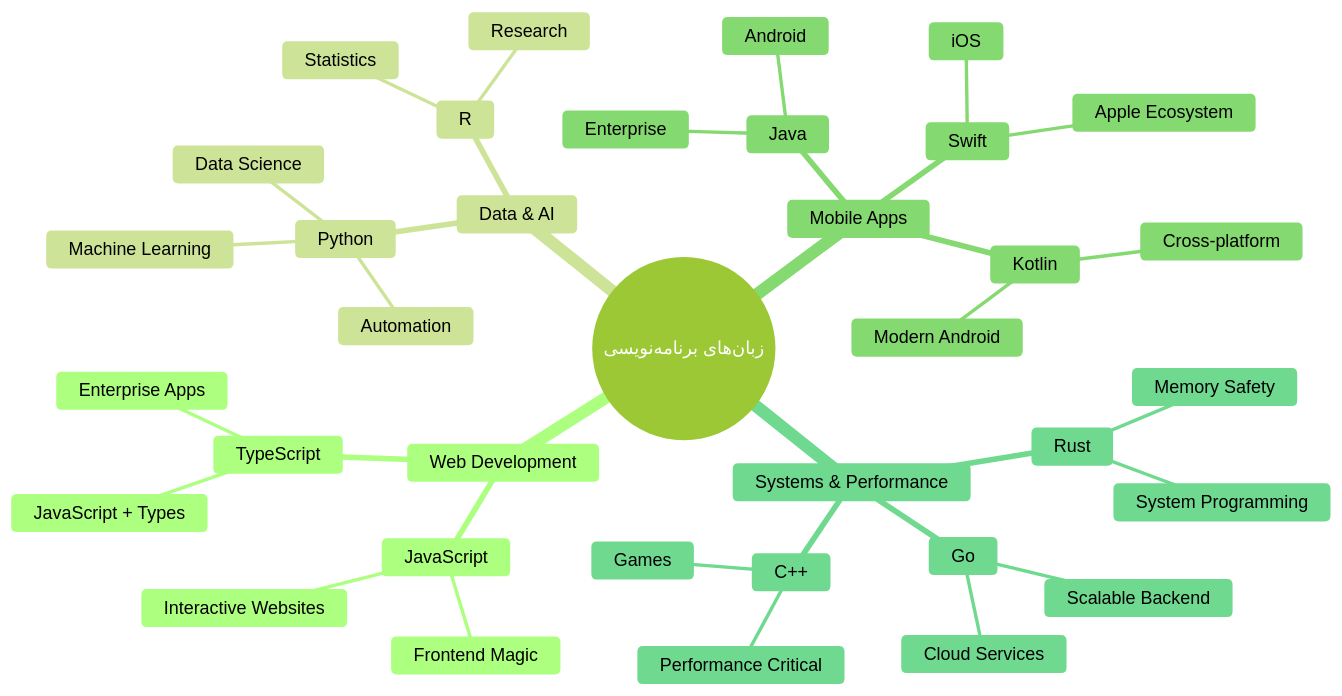
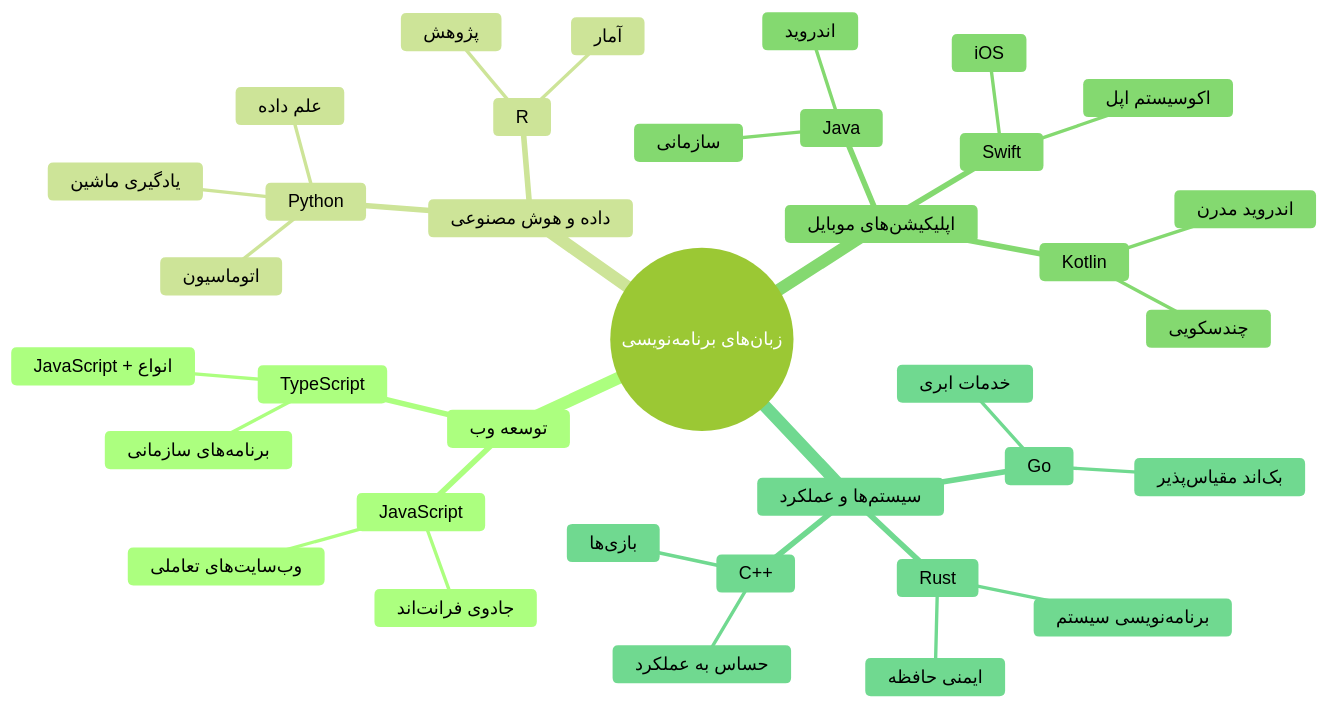
Before and after one commit to microsoft/Web-Dev-For-Beginners: the second of 7 diagrams in translations/fa/1-getting-started-lessons/1-intro-to-programming-languages/README.md, drawn with Mermaid (forest theme). The commit also changed other lines of this file and 8 other files, not shown here.

````diff
--- a/translations/fa/1-getting-started-lessons/1-intro-to-programming-languages/README.md
+++ b/translations/fa/1-getting-started-lessons/1-intro-to-programming-languages/README.md
@@ -84,39 +85,39 @@
 ```mermaid
 mindmap
   root((زبان‌های برنامه‌نویسی))
-    Web Development
+    توسعه وب
       JavaScript
-        Frontend Magic
-        Interactive Websites
+        جادوی فرانت‌اند
+        وب‌سایت‌های تعاملی
       TypeScript
-        JavaScript + Types
-        Enterprise Apps
-    Data & AI
+        JavaScript + انواع
+        برنامه‌های سازمانی
+    داده و هوش مصنوعی
       Python
-        Data Science
-        Machine Learning
-        Automation
+        علم داده
+        یادگیری ماشین
+        اتوماسیون
       R
-        Statistics
-        Research
-    Mobile Apps
+        آمار
+        پژوهش
+    اپلیکیشن‌های موبایل
       Java
-        Android
-        Enterprise
+        اندروید
+        سازمانی
       Swift
         iOS
-        Apple Ecosystem
+        اکوسیستم اپل
       Kotlin
-        Modern Android
-        Cross-platform
-    Systems & Performance
+        اندروید مدرن
+        چندسکویی
+    سیستم‌ها و عملکرد
       C++
-        Games
-        Performance Critical
+        بازی‌ها
+        حساس به عملکرد
       Rust
-        Memory Safety
-        System Programming
+        ایمنی حافظه
+        برنامه‌نویسی سیستم
       Go
-        Cloud Services
-        Scalable Backend
+        خدمات ابری
+        بک‌اند مقیاس‌پذیر
 ```
````
